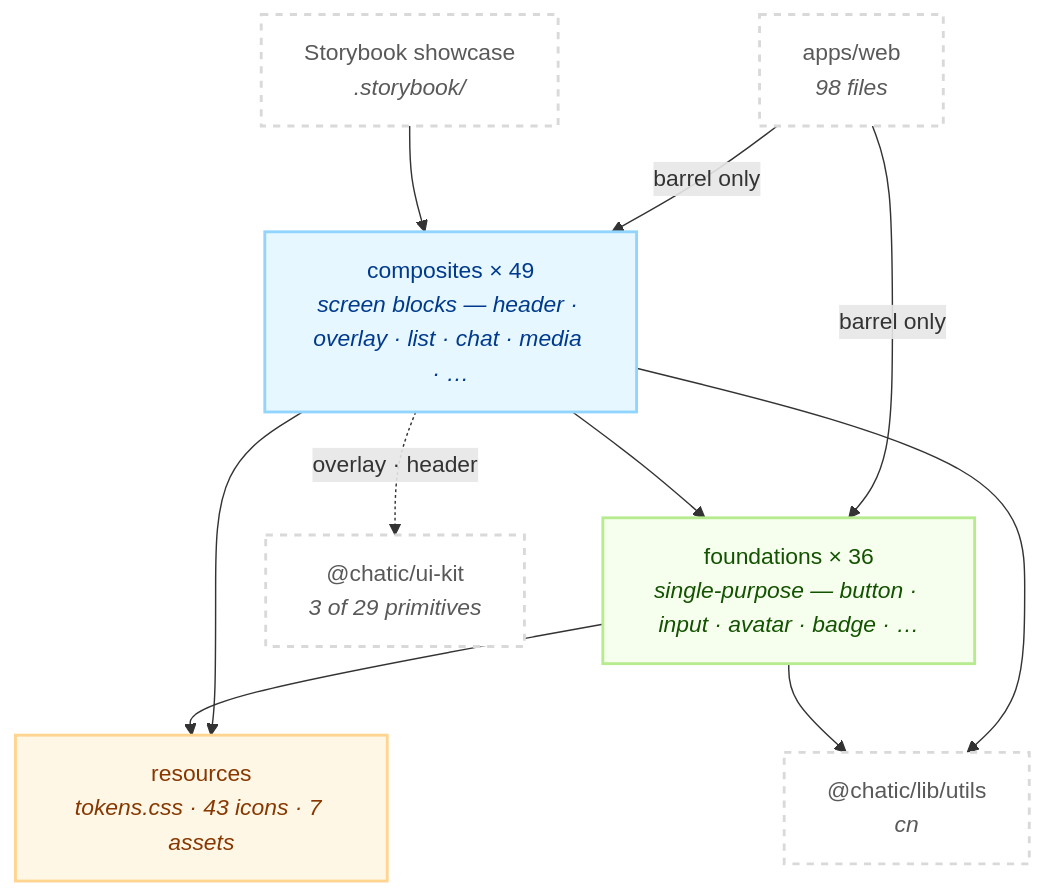
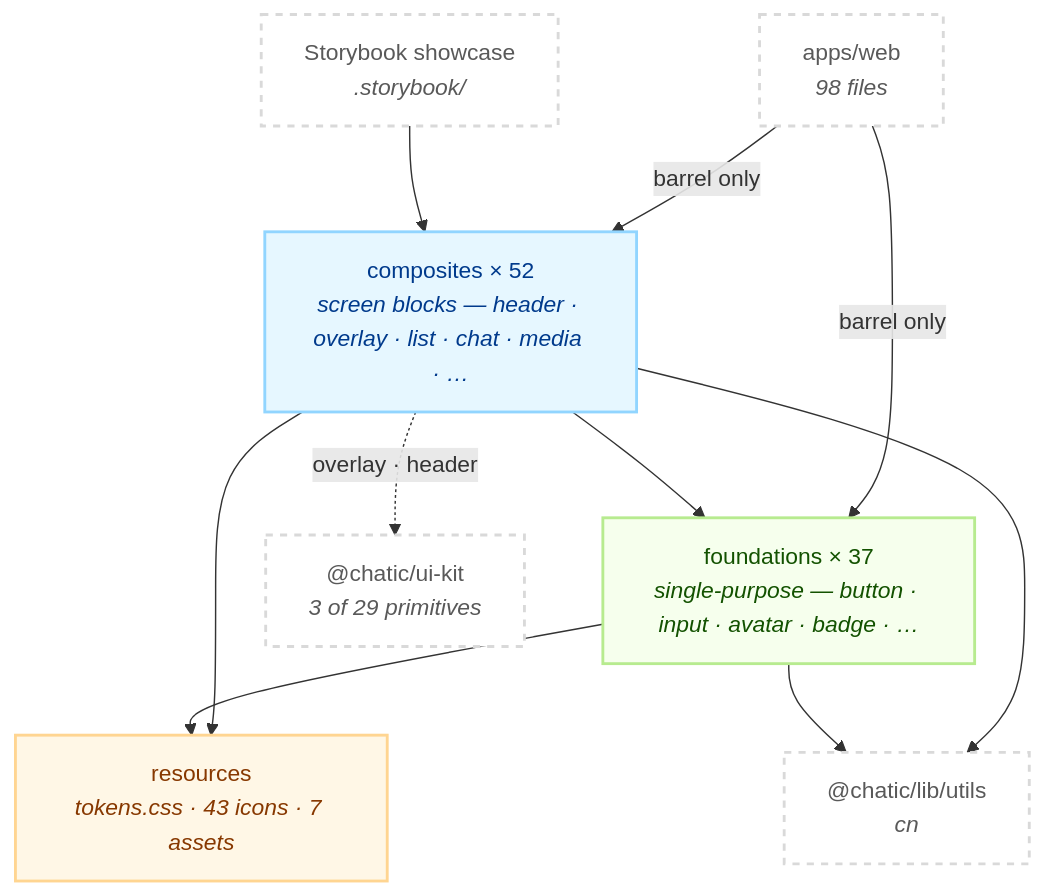
One commit to lemoncloud-io/dou-app changed the first of 2 diagrams in libs/web-ui-kit/README.md. Above: the diagram before and after it, drawn with Mermaid. The commit also changed other lines of this file and 5 other files, not shown here.

````diff
--- a/libs/web-ui-kit/README.md
+++ b/libs/web-ui-kit/README.md
@@ -102,27 +102,27 @@
 ```mermaid
 flowchart TD
     classDef comp fill:#e6f7ff,stroke:#91d5ff,stroke-width:2px,color:#003a8c;
     classDef found fill:#f6ffed,stroke:#b7eb8f,stroke-width:2px,color:#135200;
     classDef res fill:#fff7e6,stroke:#ffd591,stroke-width:2px,color:#873800;
     classDef ext fill:#ffffff,stroke:#d9d9d9,stroke-width:2px,color:#595959,stroke-dasharray: 5 5;
 
     App["apps/web<br/><i>98 files</i>"]:::ext
     SB["Storybook showcase<br/><i>.storybook/</i>"]:::ext
 
-    C["composites × 49<br/><i>screen blocks — header · overlay · list · chat · media · …</i>"]:::comp
-    F["foundations × 36<br/><i>single-purpose — button · input · avatar · badge · …</i>"]:::found
+    C["composites × 52<br/><i>screen blocks — header · overlay · list · chat · media · …</i>"]:::comp
+    F["foundations × 37<br/><i>single-purpose — button · input · avatar · badge · …</i>"]:::found
     R["resources<br/><i>tokens.css · 43 icons · 7 assets</i>"]:::res
 
     UK["@chatic/ui-kit<br/><i>3 of 29 primitives</i>"]:::ext
     CN["@chatic/lib/utils<br/><i>cn</i>"]:::ext
 
     App -->|"barrel only"| C
     App -->|"barrel only"| F
     SB --> C
     C --> F
     C --> R
     F --> R
     C -.->|"overlay · header"| UK
     C --> CN
     F --> CN
 ```
````
